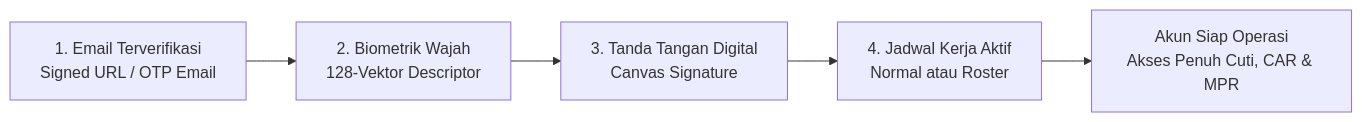
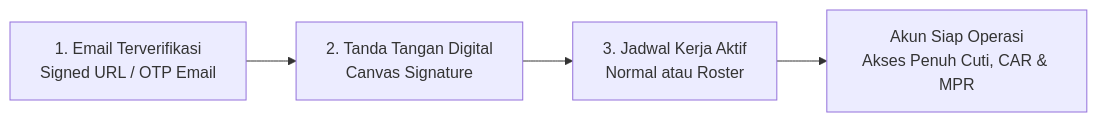
The fourth of 5 diagrams in README.md (tumbaltok/Umbulan), drawn with Mermaid before and after one commit. The commit also changed other lines of this file and 76 other files, not shown here.

````diff
--- a/README.md
+++ b/README.md
@@ -209,7 +204,6 @@
 ```mermaid
 flowchart LR
-    C1["1. Email Terverifikasi\nSigned URL / OTP Email"] --> C2["2. Biometrik Wajah\n128-Vektor Descriptor"]
-    C2 --> C3["3. Tanda Tangan Digital\nCanvas Signature"]
-    C3 --> C4["4. Jadwal Kerja Aktif\nNormal atau Roster"]
-    C4 --> OK["Akun Siap Operasi\nAkses Penuh Cuti, CAR & MPR"]
+    C1["1. Email Terverifikasi\nSigned URL / OTP Email"] --> C2["2. Tanda Tangan Digital\nCanvas Signature"]
+    C2 --> C3["3. Jadwal Kerja Aktif\nNormal atau Roster"]
+    C3 --> OK["Akun Siap Operasi\nAkses Penuh Cuti, CAR & MPR"]
 ```
````
